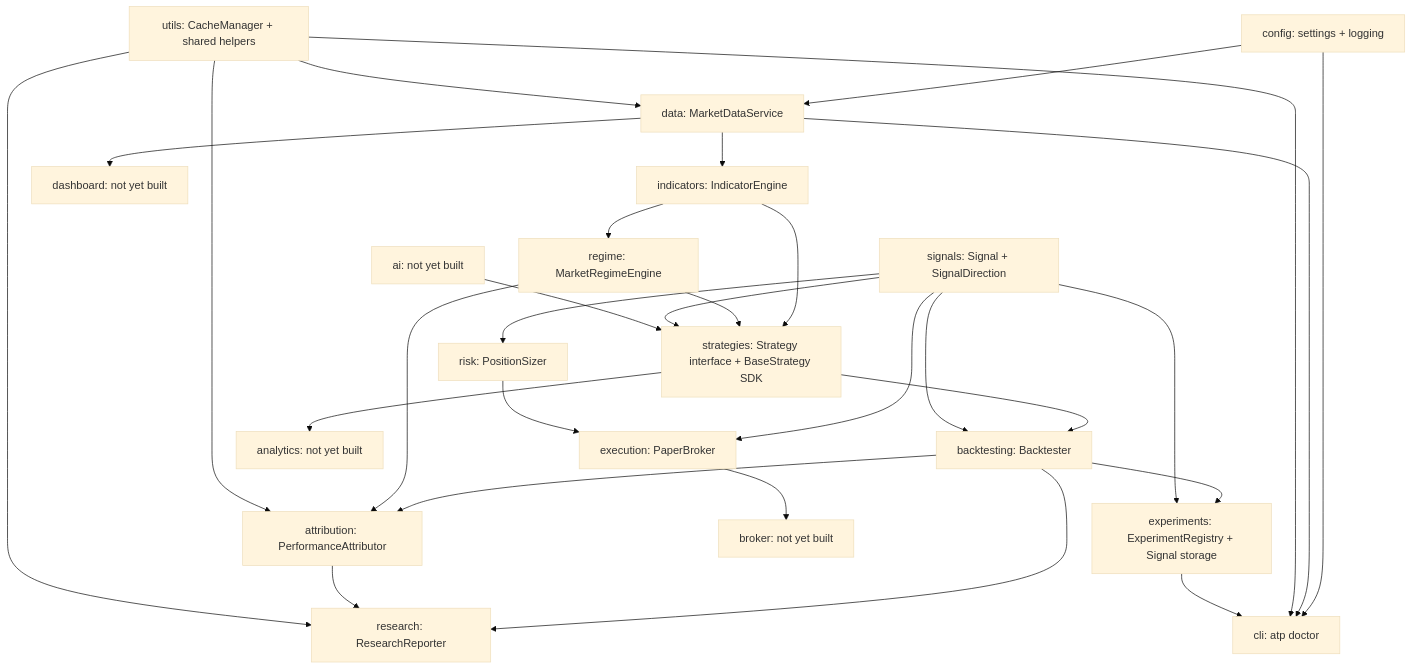
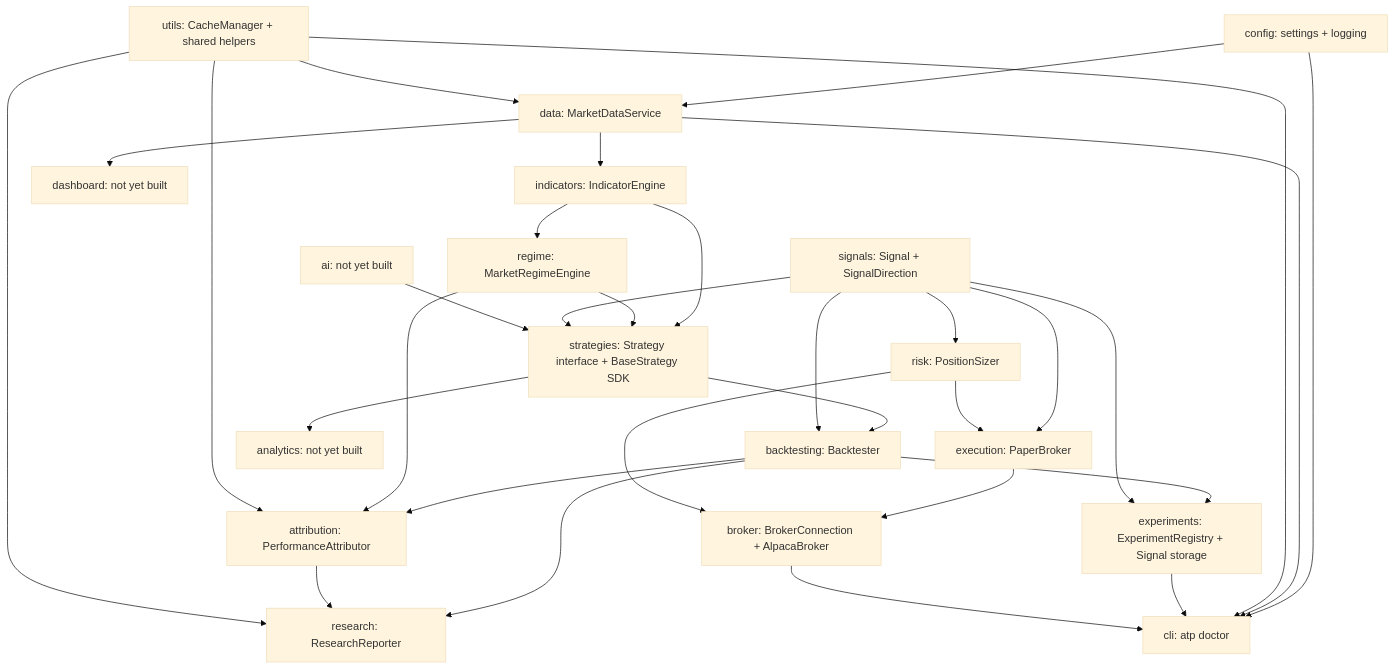
The diagram in ARCHITECTURE.md (grow-op-nasa/ai-trading-platform), drawn with Mermaid (base theme) before and after one commit. The commit also changed other lines of this file and 11 other files, not shown here.

First line of the commit message:
Sprint 5: src/broker (BrokerConnection + AlpacaBroker) -- connectivity + account state

````diff
--- a/ARCHITECTURE.md
+++ b/ARCHITECTURE.md
@@ -14,50 +14,52 @@
 ```mermaid
 graph TD
     config[config: settings + logging]
     utils[utils: CacheManager + shared helpers]
     data[data: MarketDataService]
     indicators[indicators: IndicatorEngine]
     regime[regime: MarketRegimeEngine]
     signals[signals: Signal + SignalDirection]
     strategies[strategies: Strategy interface + BaseStrategy SDK]
     backtesting[backtesting: Backtester]
     attribution[attribution: PerformanceAttributor]
     experiments[experiments: ExperimentRegistry + Signal storage]
     research[research: ResearchReporter]
     risk[risk: PositionSizer]
     execution[execution: PaperBroker]
-    broker[broker: not yet built]
+    broker[broker: BrokerConnection + AlpacaBroker]
     analytics[analytics: not yet built]
     ai[ai: not yet built]
     dashboard[dashboard: not yet built]
     cli[cli: atp doctor]
 
     config --> data
     utils --> data
     data --> indicators
     indicators --> regime
     indicators --> strategies
     regime --> strategies
     signals --> strategies
     strategies --> backtesting
     signals --> backtesting
     backtesting --> experiments
     signals --> experiments
     backtesting --> attribution
     regime --> attribution
     utils --> attribution
     backtesting --> research
     attribution --> research
     utils --> research
     signals --> risk
     signals --> execution
     risk --> execution
     execution --> broker
+    risk --> broker
     strategies --> analytics
     data --> dashboard
     ai --> strategies
     config --> cli
     data --> cli
     utils --> cli
     experiments --> cli
+    broker --> cli
 ```
````
